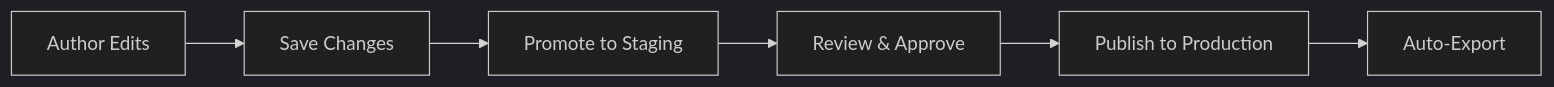
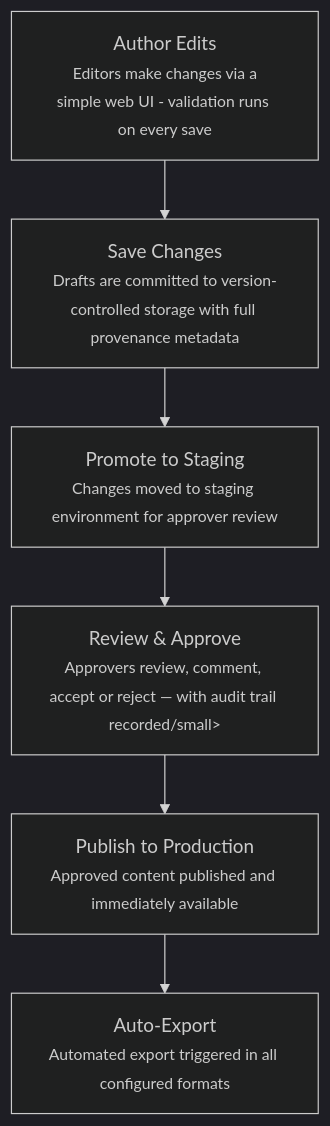
One commit to Kurrawong/kurrawong.ai changed the diagram in content/3.products/6.k-maker.md. Above: the diagram before and after it, drawn with Mermaid (dark theme). The commit also changed other lines of this file and 3 other files, not shown here.

First line of the commit message:
Review of content for K-Maker & Bower

````diff
--- a/content/3.products/6.k-maker.md
+++ b/content/3.products/6.k-maker.md
@@ -147,11 +176,11 @@
 ```mermaid
-flowchart LR
-    A["Author Edits"]   
-    B["Save Changes"]
-    C["Promote to Staging"]        
-    D["Review & Approve"]
-    E["Publish to Production"]
-    F["Auto-Export"]
-    
+flowchart TD
+    A["Author Edits<br/><small> Editors make changes via a simple web UI - validation runs on every save</small>"]
+    B["Save Changes<br/><small>Drafts are committed to version-controlled storage with full provenance metadata</small>"]
+    C["Promote to Staging<br/><small>Changes moved to staging environment for approver review</small>"]
+    D["Review & Approve<br/><small>Approvers review, comment, accept or reject — with audit trail recorded/small>"]
+    E["Publish to Production<br/><small>Approved content published and immediately available</small>"]
+    F["Auto-Export<br/><small>Automated export triggered in all configured formats</small>"]
+
     A --> B --> C --> D --> E --> F
 ```
````
